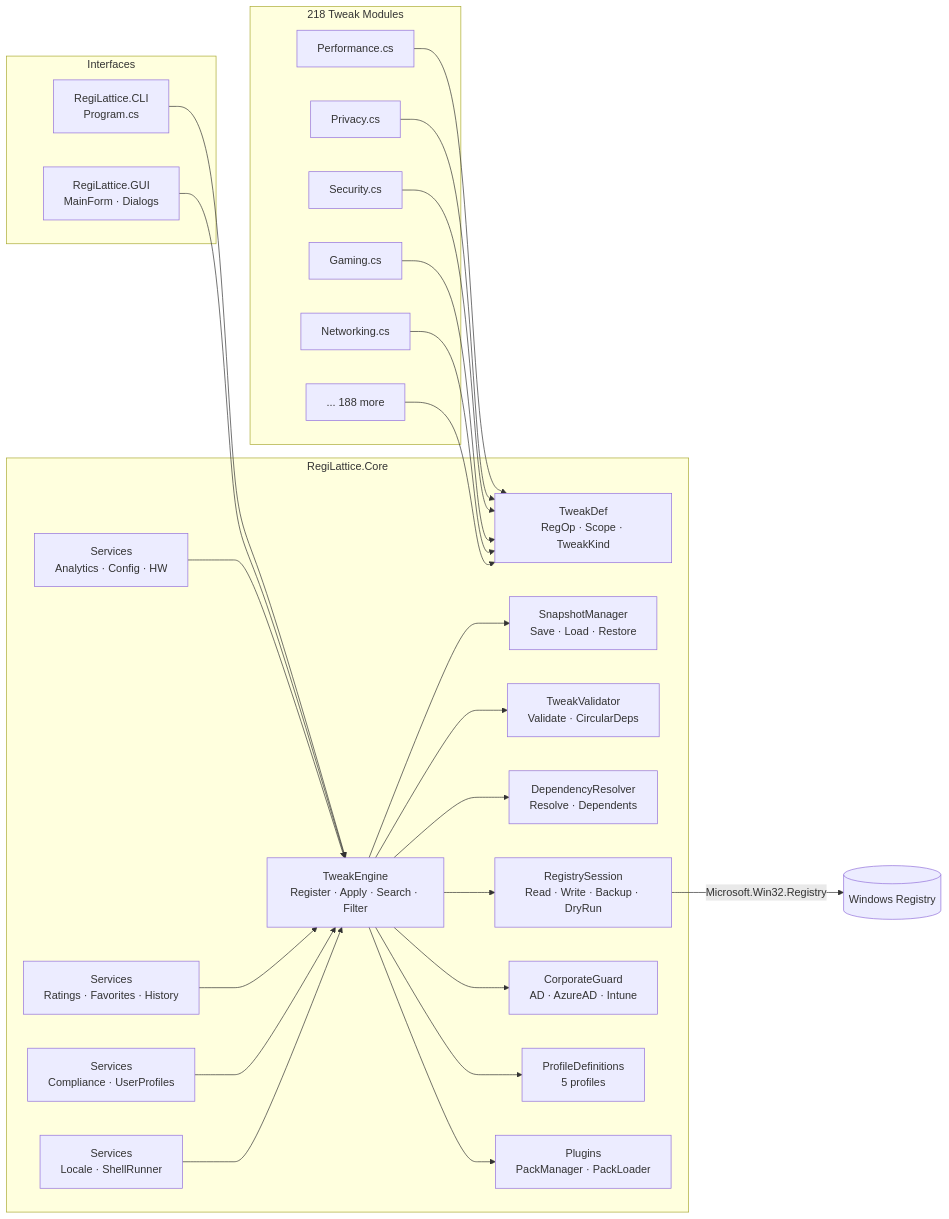
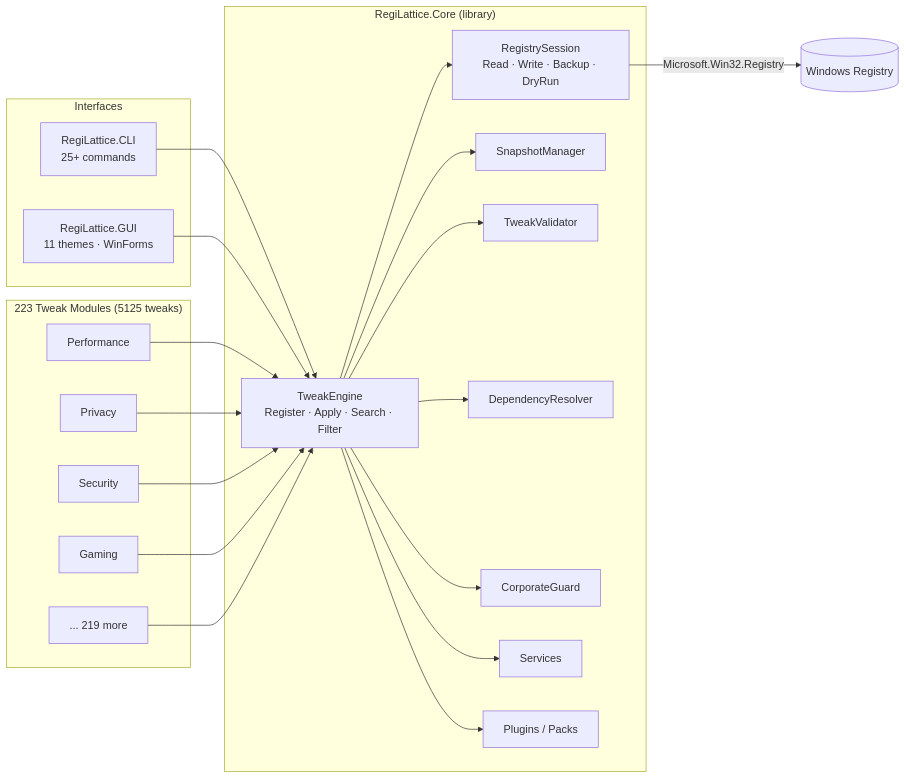
The diagram in README.md (RajwanYair/RegiLattice), drawn with Mermaid before and after one commit. The commit also changed other lines of this file and 40 other files, not shown here.

First line of the commit message:
docs(github): migrate issue templates to yml, harden CI, expand SEO keywords, restore architecture diagram

````diff
--- a/README.md
+++ b/README.md
@@ -87,53 +86,38 @@
 ```mermaid
 graph LR
     subgraph Interfaces
-        CLI[RegiLattice.CLI<br/>Program.cs]
-        GUI[RegiLattice.GUI<br/>MainForm · Dialogs]
+        CLI[RegiLattice.CLI<br/>25+ commands]
+        GUI[RegiLattice.GUI<br/>11 themes · WinForms]
     end
 
-    subgraph Core["RegiLattice.Core"]
+    subgraph Core["RegiLattice.Core (library)"]
         TE[TweakEngine<br/>Register · Apply · Search · Filter]
-        SM[SnapshotManager<br/>Save · Load · Restore]
-        TV[TweakValidator<br/>Validate · CircularDeps]
-        DR[DependencyResolver<br/>Resolve · Dependents]
-        TD[TweakDef<br/>RegOp · Scope · TweakKind]
         RS[RegistrySession<br/>Read · Write · Backup · DryRun]
-        CG[CorporateGuard<br/>AD · AzureAD · Intune]
-        PD[ProfileDefinitions<br/>5 profiles]
-        SV[Services<br/>Analytics · Config · HW]
-        SV2[Services<br/>Ratings · Favorites · History]
-        SV3[Services<br/>Compliance · UserProfiles]
-        SV4[Services<br/>Locale · ShellRunner]
-        PM[Plugins<br/>PackManager · PackLoader]
+        SM[SnapshotManager]
+        TV[TweakValidator]
+        DR[DependencyResolver]
+        CG[CorporateGuard]
+        SV[Services]
+        PM[Plugins / Packs]
     end
 
-    subgraph Tweaks["218 Tweak Modules"]
-        T1[Performance.cs]
-        T2[Privacy.cs]
-        T3[Security.cs]
-        T4[Gaming.cs]
-        T5[Networking.cs]
-        TN[... 188 more]
+    subgraph Tweaks["223 Tweak Modules (5125 tweaks)"]
+        T1[Performance]
+        T2[Privacy]
+        T3[Security]
+        T4[Gaming]
+        TN[... 219 more]
     end
 
     CLI --> TE
     GUI --> TE
+    TE --> RS
     TE --> SM
     TE --> TV
     TE --> DR
-    TE --> RS
     TE --> CG
-    TE --> PD
+    TE --> SV
     TE --> PM
-    SV --> TE
-    SV2 --> TE
-    SV3 --> TE
-    SV4 --> TE
-    T1 --> TD
-    T2 --> TD
-    T3 --> TD
-    T4 --> TD
-    T5 --> TD
-    TN --> TD
+    T1 & T2 & T3 & T4 & TN --> TE
     RS -->|Microsoft.Win32.Registry| WR[(Windows Registry)]
 ```
````
